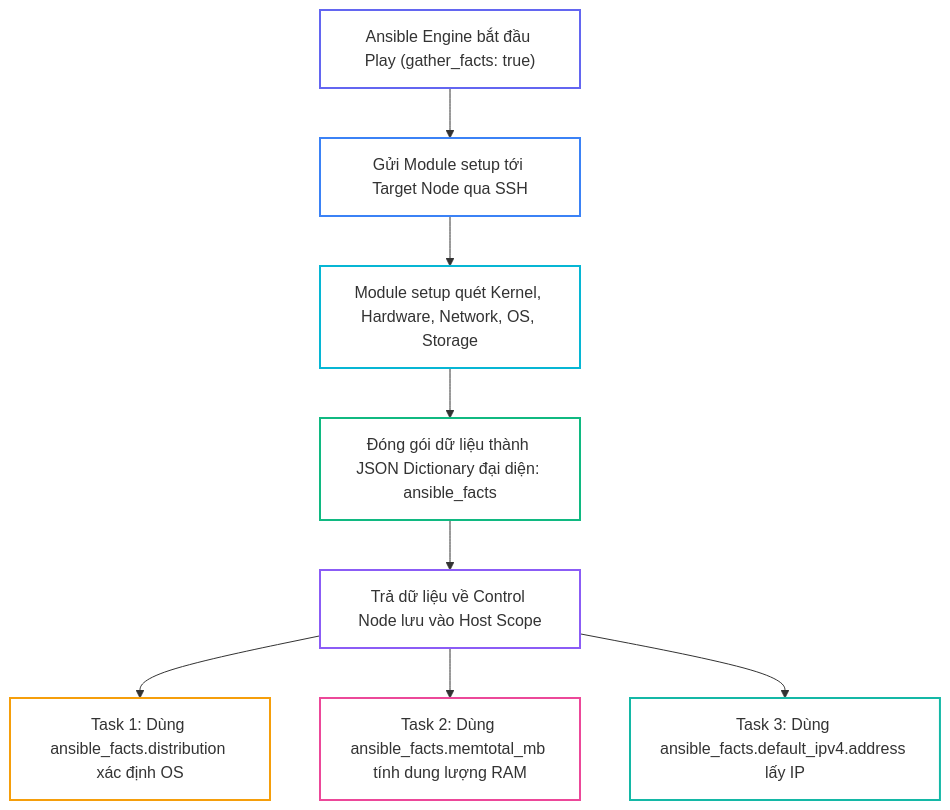
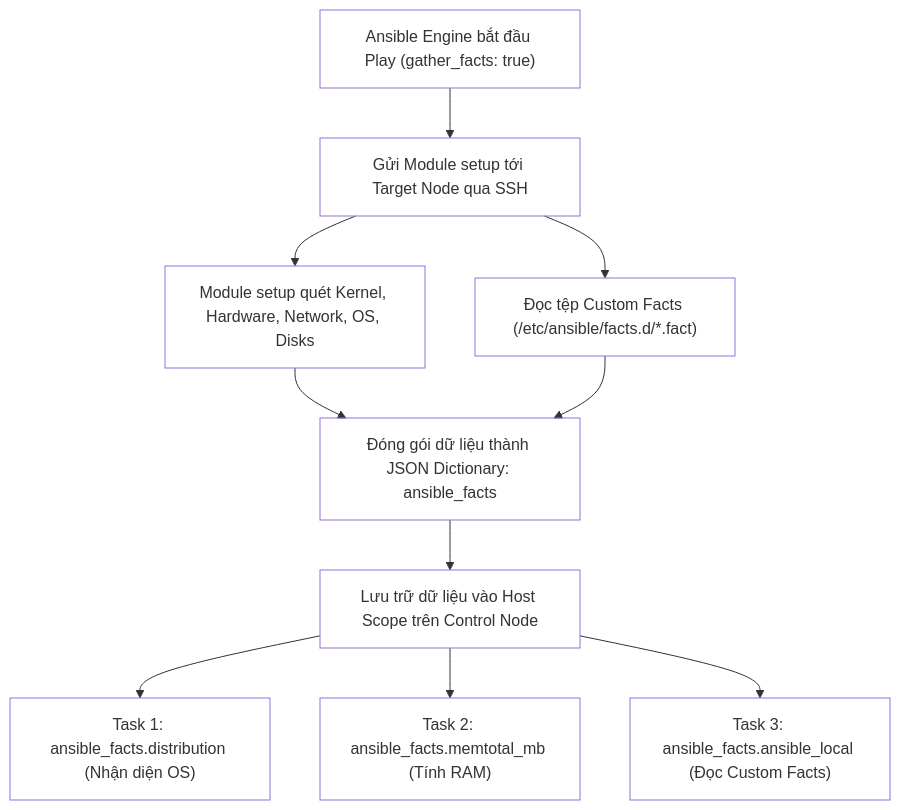
One commit to kiennt308/ntk changed the first of 3 diagrams in _posts/2026-09-13-ansible-08-08-facts.md. Above: the diagram before and after it, drawn with Mermaid. The commit also changed other lines of this file and 30 other files, not shown here.

````diff
--- a/_posts/2026-09-13-ansible-08-08-facts.md
+++ b/_posts/2026-09-13-ansible-08-08-facts.md
@@ -82,20 +37,22 @@
 ```mermaid
 graph TD
     A["Ansible Engine bắt đầu Play (gather_facts: true)"] --> B["Gửi Module setup tới Target Node qua SSH"]
-    B --> C["Module setup quét Kernel, Hardware, Network, OS, Storage"]
-    C --> D["Đóng gói dữ liệu thành JSON Dictionary đại diện: ansible_facts"]
-    D --> E["Trả dữ liệu về Control Node lưu vào Host Scope"]
+    B --> C["Module setup quét Kernel, Hardware, Network, OS, Disks"]
+    B --> D["Đọc tệp Custom Facts (/etc/ansible/facts.d/*.fact)"]
+    C & D --> E["Đóng gói dữ liệu thành JSON Dictionary: ansible_facts"]
+    E --> F["Lưu trữ dữ liệu vào Host Scope trên Control Node"]
     
-    E --> F["Task 1: Dùng ansible_facts.distribution xác định OS"]
-    E --> G["Task 2: Dùng ansible_facts.memtotal_mb tính dung lượng RAM"]
-    E --> H["Task 3: Dùng ansible_facts.default_ipv4.address lấy IP"]
+    F --> G["Task 1: ansible_facts.distribution (Nhận diện OS)"]
+    F --> H["Task 2: ansible_facts.memtotal_mb (Tính RAM)"]
+    F --> I["Task 3: ansible_facts.ansible_local (Đọc Custom Facts)"]
 
-    style A fill:none,stroke:#6366f1,stroke-width:2px
-    style B fill:none,stroke:#3b82f6,stroke-width:2px
-    style C fill:none,stroke:#06b6d4,stroke-width:2px
-    style D fill:none,stroke:#10b981,stroke-width:2px
-    style E fill:none,stroke:#8b5cf6,stroke-width:2px
-    style F fill:none,stroke:#f59e0b,stroke-width:2px
-    style G fill:none,stroke:#ec4899,stroke-width:2px
-    style H fill:none,stroke:#14b8a6,stroke-width:2px
+    style A fill:none
+    style B fill:none
+    style C fill:none
+    style D fill:none
+    style E fill:none
+    style F fill:none
+    style G fill:none
+    style H fill:none
+    style I fill:none
 ```
````
